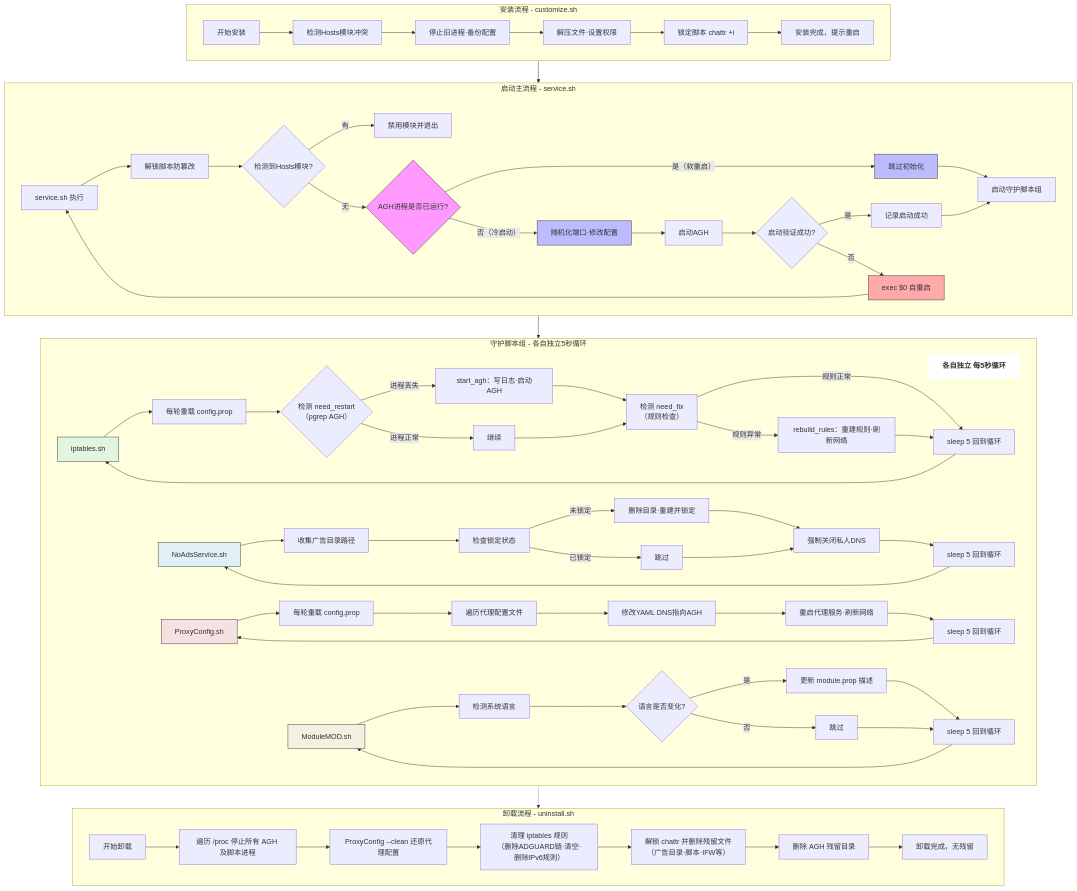
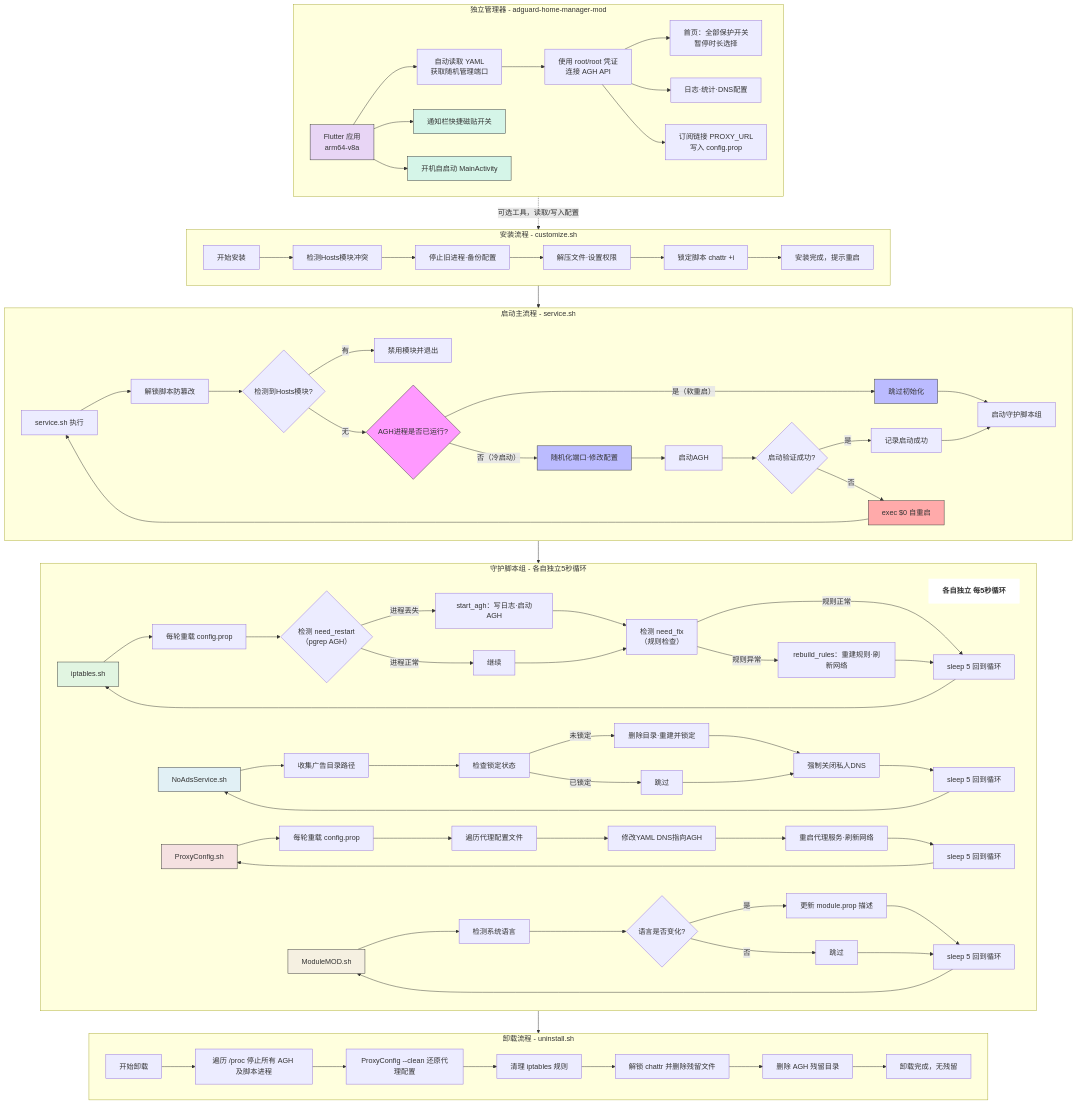
The diagram in README.md (C6H8FNO4/Adguard-Home-For-Magisk-Mod), drawn with Mermaid before and after one commit.

Commit message:
Enhance README with updated diagrams and warnings
Updated the module architecture diagram and installation process in the README.

````diff
--- a/README.md
+++ b/README.md
@@ -16,5 +16,15 @@
 ```mermaid
 graph TD
+    subgraph 独立管理器[独立管理器 - adguard-home-manager-mod]
+        M1[Flutter 应用<br>arm64-v8a] --> M2[自动读取 YAML<br>获取随机管理端口]
+        M2 --> M3[使用 root/root 凭证<br>连接 AGH API]
+        M3 --> M4[首页：全部保护开关<br>暂停时长选择]
+        M3 --> M5[日志·统计·DNS配置]
+        M3 --> M6[订阅链接 PROXY_URL<br>写入 config.prop]
+        M1 --> M7[通知栏快捷磁贴开关]
+        M1 --> M8[开机自启动 MainActivity]
+    end
+
     subgraph 安装流程[安装流程 - customize.sh]
         I1[开始安装] --> I2[检测Hosts模块冲突]
         I2 --> I3[停止旧进程·备份配置]
@@ -85,15 +95,17 @@
     subgraph 卸载流程[卸载流程 - uninstall.sh]
         U1[开始卸载] --> U2[遍历 /proc 停止所有 AGH 及脚本进程]
         U2 --> U3[ProxyConfig --clean 还原代理配置]
-        U3 --> U4[清理 iptables 规则<br>（删除ADGUARD链·清空·删除IPv6规则）]
-        U4 --> U5[解锁 chattr 并删除残留文件<br>（广告目录·脚本·IFW等）]
+        U3 --> U4[清理 iptables 规则]
+        U4 --> U5[解锁 chattr 并删除残留文件]
         U5 --> U6[删除 AGH 残留目录]
         U6 --> U7[卸载完成，无残留]
     end
 
+    %% 垂直顺序：管理器 → 安装 → 启动 → 守护 → 卸载
+    独立管理器 -.->|可选工具，读取/写入配置| 安装流程
     安装流程 --> 启动主流程
     启动主流程 --> 守护脚本组
-    守护脚本组 -.-> 卸载流程
+    守护脚本组 --> 卸载流程
 
     style S5 fill:#f9f,stroke:#333
     style S6 fill:#bbf,stroke:#333
@@ -104,4 +116,7 @@
     style D3 fill:#f5e1e1,stroke:#333
     style D4 fill:#f5f0e1,stroke:#333
     style DIR fill:#fff,stroke:#fff
+    style M1 fill:#e8d5f5,stroke:#333
+    style M7 fill:#d5f5e8,stroke:#333
+    style M8 fill:#d5f5e8,stroke:#333
 ```
````
